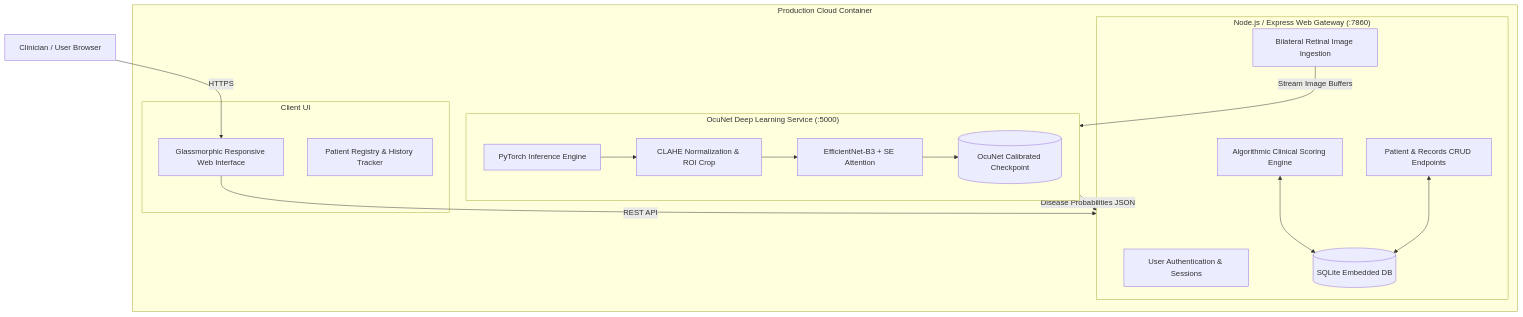
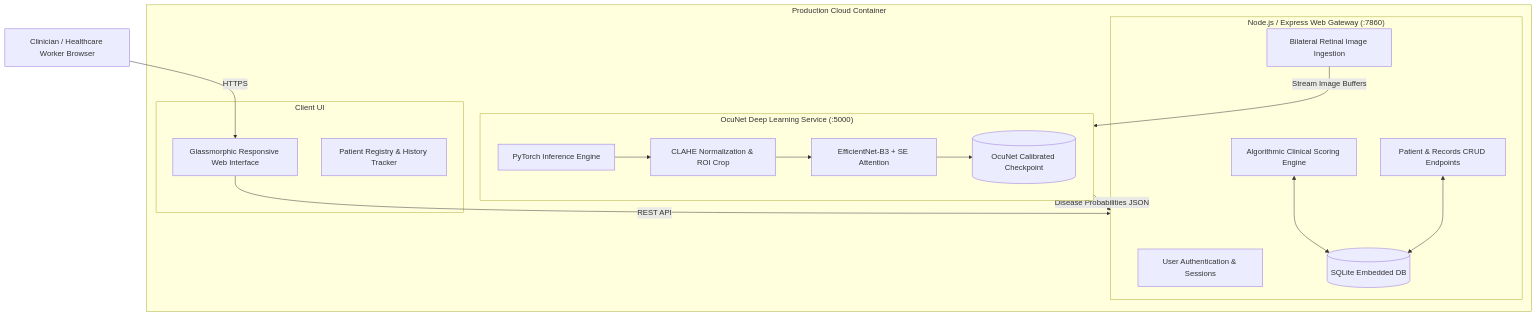
One commit to VishnuVelayudhan/virsa changed the diagram in README.md. Above: the diagram before and after it, drawn with Mermaid. The commit also changed other lines of this file, not shown here.

````diff
--- a/README.md
+++ b/README.md
@@ -24,34 +36,34 @@
 ```mermaid
 flowchart TD
-    User["Clinician / User Browser"]
+    User["Clinician / Healthcare Worker Browser"]
     
     subgraph Cloud["Production Cloud Container"]
         subgraph Frontend["Client UI"]
             WebUI["Glassmorphic Responsive Web Interface"]
             PatientMgr["Patient Registry & History Tracker"]
         end
         
         subgraph Gateway["Node.js / Express Web Gateway (:7860)"]
             Auth["User Authentication & Sessions"]
             PatientAPI["Patient & Records CRUD Endpoints"]
             ScoreEngine["Algorithmic Clinical Scoring Engine"]
             DB[(SQLite Embedded DB)]
             Multer["Bilateral Retinal Image Ingestion"]
         end
         
         subgraph AI["OcuNet Deep Learning Service (:5000)"]
             PyTorch["PyTorch Inference Engine"]
             EfficientNet["EfficientNet-B3 + SE Attention"]
             Preproc["CLAHE Normalization & ROI Crop"]
             ModelWeights[("OcuNet Calibrated Checkpoint")]
         end
     end
 
     User -->|HTTPS| WebUI
     WebUI -->|REST API| Gateway
     ScoreEngine <--> DB
     PatientAPI <--> DB
     Multer -->|Stream Image Buffers| AI
     PyTorch --> Preproc --> EfficientNet --> ModelWeights
     AI -->|Disease Probabilities JSON| Gateway
 ```
````
